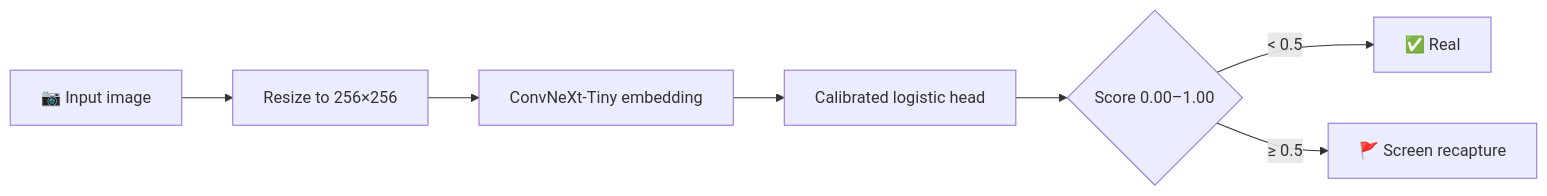
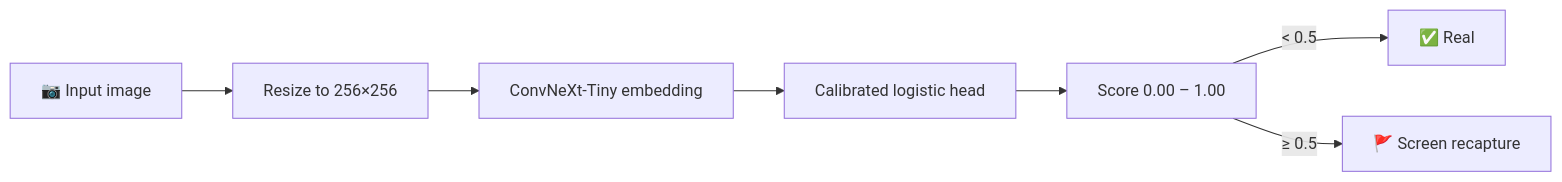
The first of 5 diagrams in README.md (Avinash-yadav103/Salescode_ML_Assignment), drawn with Mermaid before and after one commit. The commit also changed other lines of this file, not shown here.

````diff
--- a/README.md
+++ b/README.md
@@ -17,9 +17,9 @@
 ```mermaid
 flowchart LR
-    A[📷 Input image] --> B[Resize to 256×256]
+    A[📷 Input image] --> B["Resize to 256×256"]
     B --> C[ConvNeXt-Tiny embedding]
     C --> D[Calibrated logistic head]
-    D --> E{Score 0.00–1.00}
-    E -->|< 0.5| F[✅ Real]
-    E -->|≥ 0.5| H[🚩 Screen recapture]
+    D --> E["Score 0.00 – 1.00"]
+    E -->|"< 0.5"| F[✅ Real]
+    E -->|"≥ 0.5"| H[🚩 Screen recapture]
 ```
````
